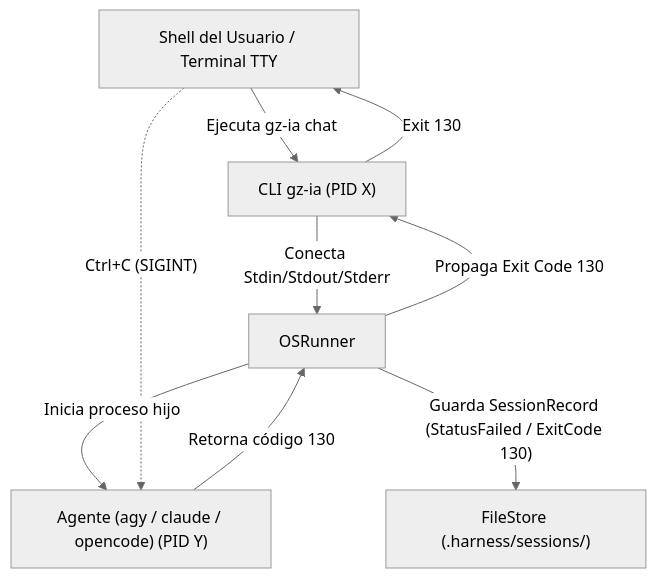
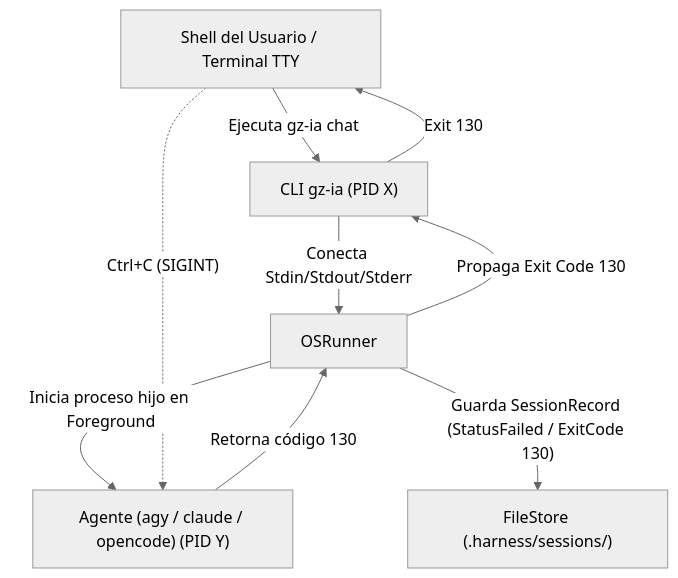
Before and after one commit to GountzJs/gountz-ia: the diagram in docs/reference/exit-codes.md, drawn with Mermaid (neutral theme). The commit also changed other lines of this file and 12 other files, not shown here.

````diff
--- a/docs/reference/exit-codes.md
+++ b/docs/reference/exit-codes.md
@@ -25,12 +27,12 @@
 ```mermaid
 flowchart TD
     Shell["Shell del Usuario / Terminal TTY"] -->|"Ejecuta gz-ia chat"| CLI["CLI gz-ia (PID X)"]
     CLI -->|"Conecta Stdin/Stdout/Stderr"| Runner["OSRunner"]
-    Runner -->|"Inicia proceso hijo"| Agent["Agente (agy / claude / opencode) (PID Y)"]
+    Runner -->|"Inicia proceso hijo en Foreground"| Agent["Agente (agy / claude / opencode) (PID Y)"]
     
     Shell -.->|"Ctrl+C (SIGINT)"| Agent
     Agent -->|"Retorna código 130"| Runner
     Runner -->|"Guarda SessionRecord (StatusFailed / ExitCode 130)"| Store["FileStore (.harness/sessions/)" ]
     Runner -->|"Propaga Exit Code 130"| CLI
     CLI -->|"Exit 130"| Shell
 ```
````
